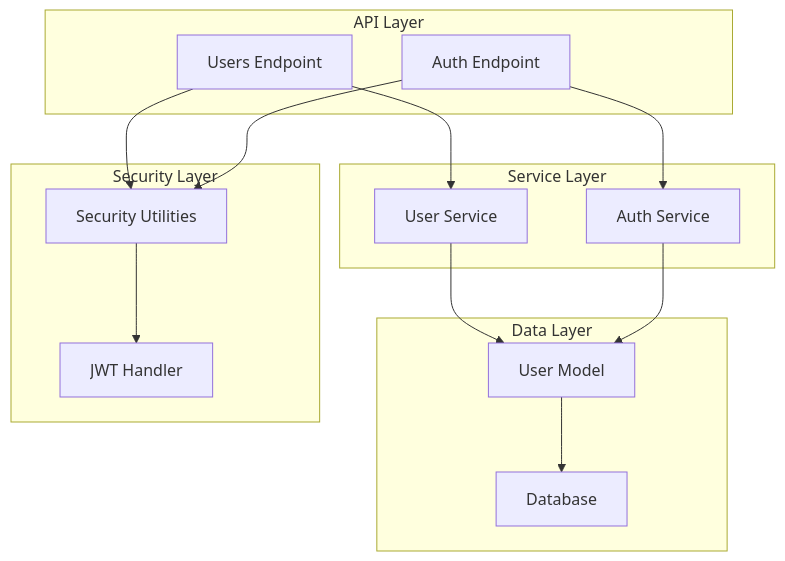
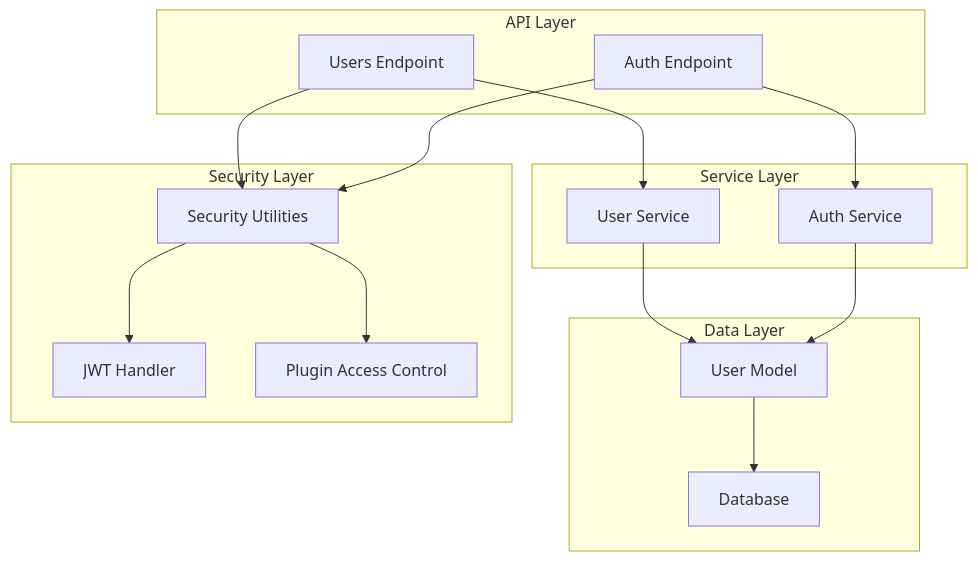
The fifth of 5 diagrams in .qoder/repowiki/en/content/Core API Reference/User Management Endpoints.md (Nikita5543/New-SSO-02), drawn with Mermaid before and after one commit. The commit also changed other lines of this file and 4 other files, not shown here.

````diff
--- a/.qoder/repowiki/en/content/Core API Reference/User Management Endpoints.md
+++ b/.qoder/repowiki/en/content/Core API Reference/User Management Endpoints.md
@@ -338,27 +442,29 @@
 ```mermaid
 graph TB
 subgraph "API Layer"
 UsersEndpoint["Users Endpoint"]
 AuthEndpoint["Auth Endpoint"]
 end
 subgraph "Service Layer"
 UserService["User Service"]
 AuthService["Auth Service"]
 end
 subgraph "Data Layer"
 UserModel["User Model"]
 DB["Database"]
 end
 subgraph "Security Layer"
 SecurityUtils["Security Utilities"]
 JWT["JWT Handler"]
+PluginAccess["Plugin Access Control"]
 end
 UsersEndpoint --> UserService
 AuthEndpoint --> AuthService
 UserService --> UserModel
 AuthService --> UserModel
 UsersEndpoint --> SecurityUtils
 AuthEndpoint --> SecurityUtils
 SecurityUtils --> JWT
+SecurityUtils --> PluginAccess
 UserModel --> DB
 ```
````
